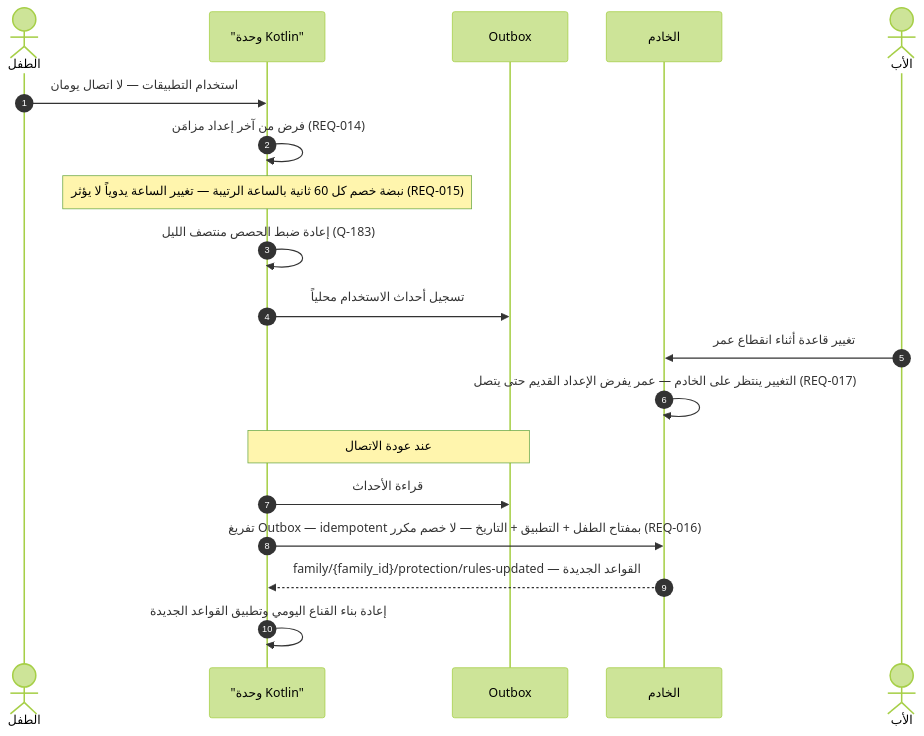
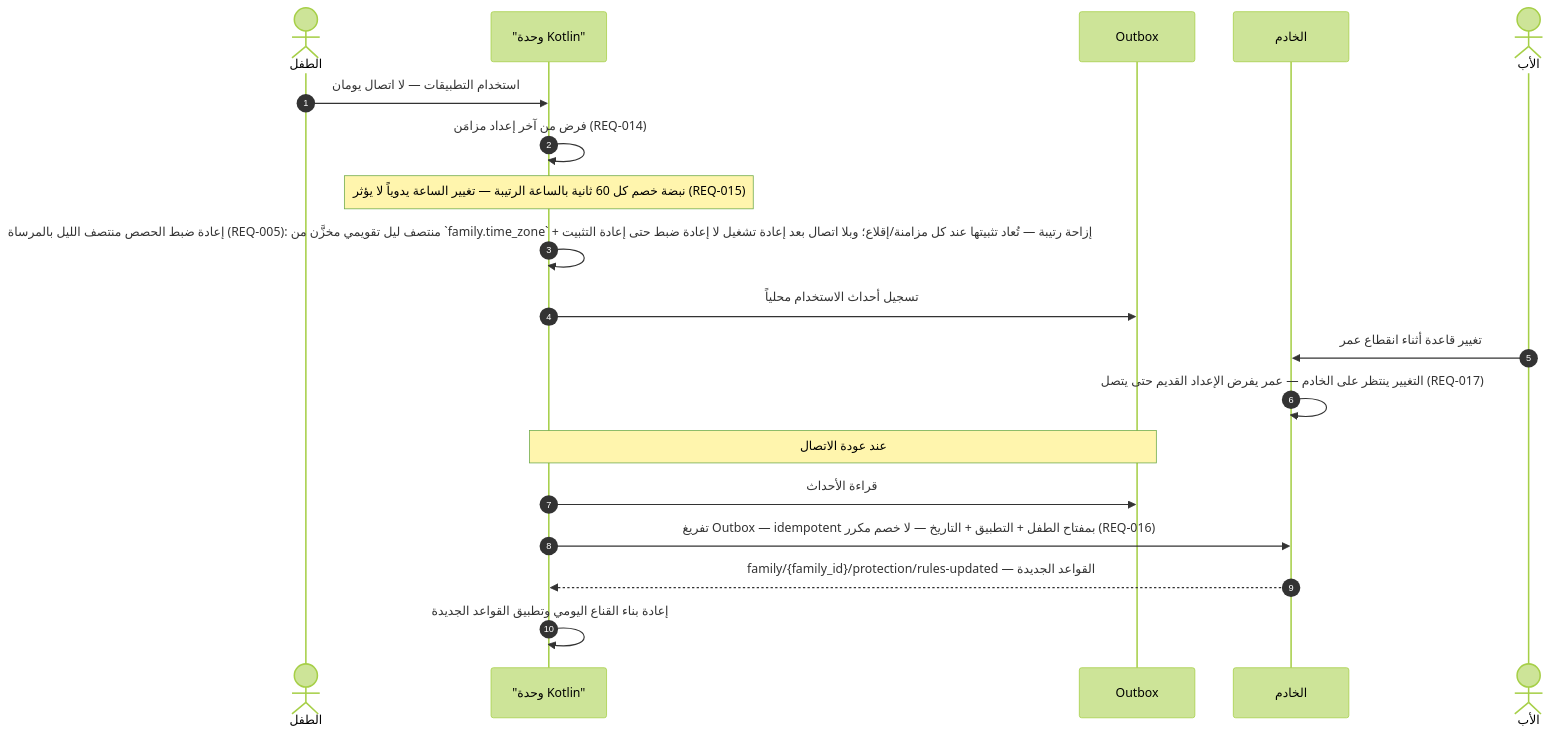
Before and after one commit to Bassam-mohammed-alqaeadi/family-os-v2: the ninth of 14 diagrams in docs/family-os/governance/phases/phase-1/S1-10-protection-and-enforcement/DIAGRAMS.md, drawn with Mermaid (forest theme). The commit also changed other lines of this file and 2 other files, not shown here.

Commit message:
B3: S1-09+S1-10 — متطلبات وقواعد عمل (9 بنود)

````diff
--- a/docs/family-os/governance/phases/phase-1/S1-10-protection-and-enforcement/DIAGRAMS.md
+++ b/docs/family-os/governance/phases/phase-1/S1-10-protection-and-enforcement/DIAGRAMS.md
@@ -380,21 +380,21 @@
 ```mermaid
 sequenceDiagram
     autonumber
     actor Child as الطفل
     participant K as "وحدة Kotlin"
     participant OB as Outbox
     participant Ktor as الخادم
     actor Father as الأب
     Child->>K: استخدام التطبيقات — لا اتصال يومان
     K->>K: فرض من آخر إعداد مزامَن (REQ-014)
     Note over K: نبضة خصم كل 60 ثانية بالساعة الرتيبة — تغيير الساعة يدوياً لا يؤثر (REQ-015)
-    K->>K: إعادة ضبط الحصص منتصف الليل (Q-183)
+    K->>K: إعادة ضبط الحصص منتصف الليل بالمرساة (REQ-005): منتصف ليل تقويمي مخزَّن من `family.time_zone` + إزاحة رتيبة — تُعاد تثبيتها عند كل مزامنة/إقلاع؛ وبلا اتصال بعد إعادة تشغيل لا إعادة ضبط حتى إعادة التثبيت
     K->>OB: تسجيل أحداث الاستخدام محلياً
     Father->>Ktor: تغيير قاعدة أثناء انقطاع عمر
     Ktor->>Ktor: التغيير ينتظر على الخادم — عمر يفرض الإعداد القديم حتى يتصل (REQ-017)
     Note over K,OB: عند عودة الاتصال
     K->>OB: قراءة الأحداث
     K->>Ktor: تفريغ Outbox — idempotent بمفتاح الطفل + التطبيق + التاريخ — لا خصم مكرر (REQ-016)
     Ktor-->>K: family/{family_id}/protection/rules-updated — القواعد الجديدة
     K->>K: إعادة بناء القناع اليومي وتطبيق القواعد الجديدة
 ```
````
